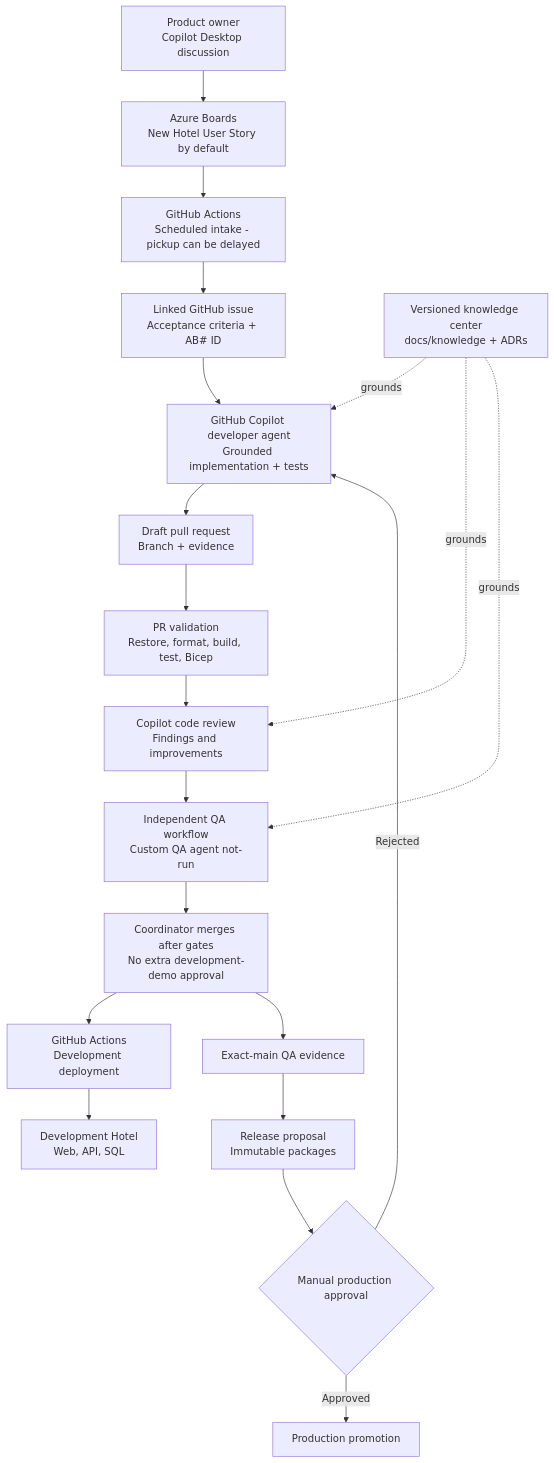
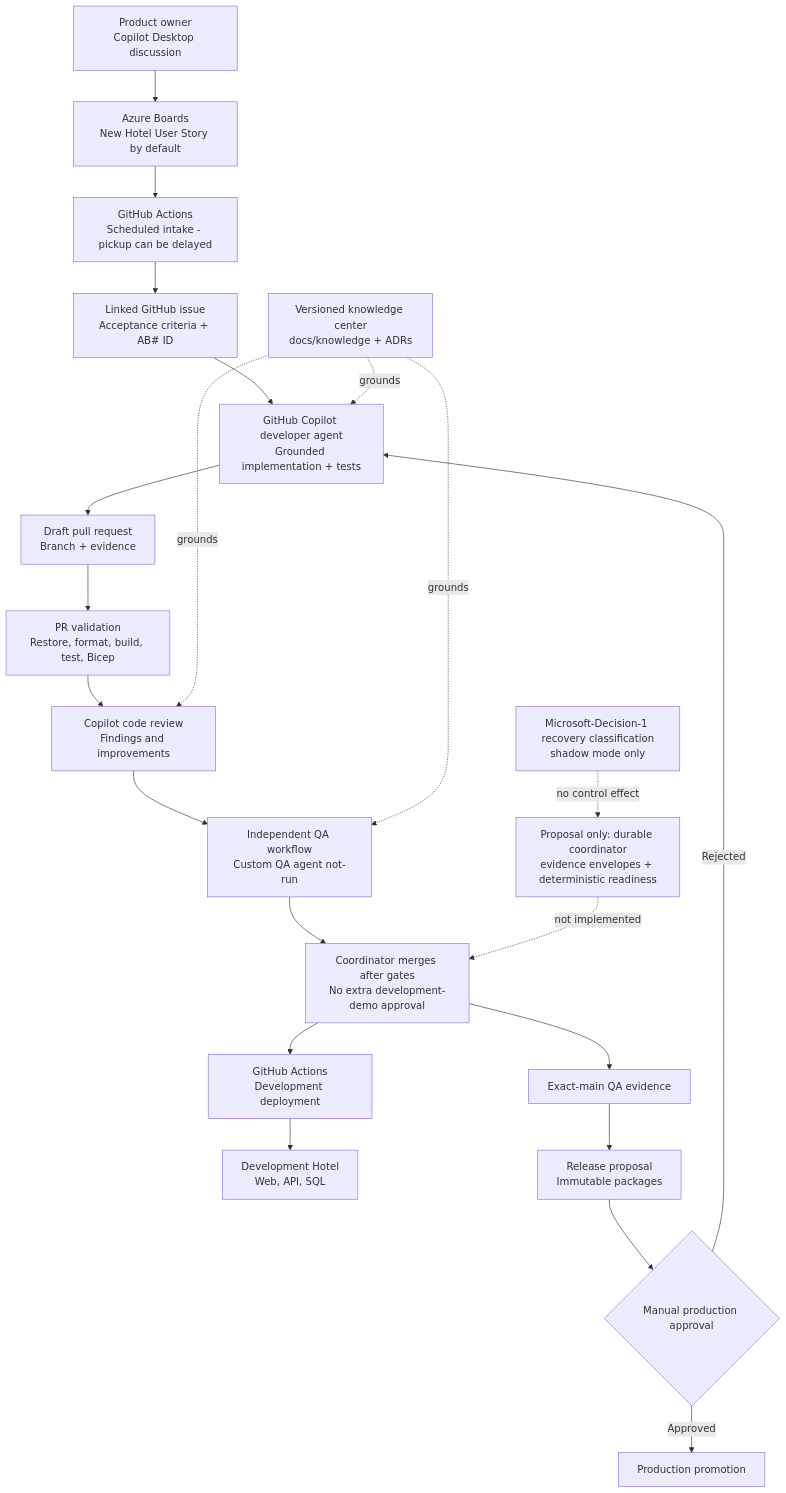
Before and after one commit to cihanduruer/agentic-development: the first of 2 diagrams in docs/development-pipeline/README.md, drawn with Mermaid. The commit also changed other lines of this file and 22 other files, not shown here.

````diff
--- a/docs/development-pipeline/README.md
+++ b/docs/development-pipeline/README.md
@@ -11,22 +11,24 @@
 ```mermaid
 flowchart TD
     PO["Product owner<br/>Copilot Desktop discussion"] --> WI["Azure Boards<br/>New Hotel User Story by default"]
     WI --> INTAKE["GitHub Actions<br/>Scheduled intake - pickup can be delayed"]
     INTAKE --> ISSUE["Linked GitHub issue<br/>Acceptance criteria + AB# ID"]
     ISSUE --> DEV["GitHub Copilot developer agent<br/>Grounded implementation + tests"]
     DEV --> PR["Draft pull request<br/>Branch + evidence"]
     PR --> CI["PR validation<br/>Restore, format, build, test, Bicep"]
     CI --> REVIEW["Copilot code review<br/>Findings and improvements"]
     REVIEW --> QA["Independent QA workflow<br/>Custom QA agent not-run"]
     QA --> MERGE["Coordinator merges after gates<br/>No extra development-demo approval"]
     MERGE --> DEPLOY["GitHub Actions<br/>Development deployment"]
     DEPLOY --> AZURE["Development Hotel<br/>Web, API, SQL"]
     MERGE --> MAINQA["Exact-main QA evidence"]
     MAINQA --> READY["Release proposal<br/>Immutable packages"]
     READY --> APPROVAL{"Manual production approval"}
     APPROVAL -->|Approved| PROD["Production promotion"]
     APPROVAL -->|Rejected| DEV
     KNOWLEDGE["Versioned knowledge center<br/>docs/knowledge + ADRs"] -. grounds .-> DEV
     KNOWLEDGE -. grounds .-> REVIEW
     KNOWLEDGE -. grounds .-> QA
+    COORD["Proposal only: durable coordinator<br/>evidence envelopes + deterministic readiness"] -. not implemented .-> MERGE
+    SHADOW["Microsoft-Decision-1 recovery classification<br/>shadow mode only"] -. no control effect .-> COORD
 ```
````
